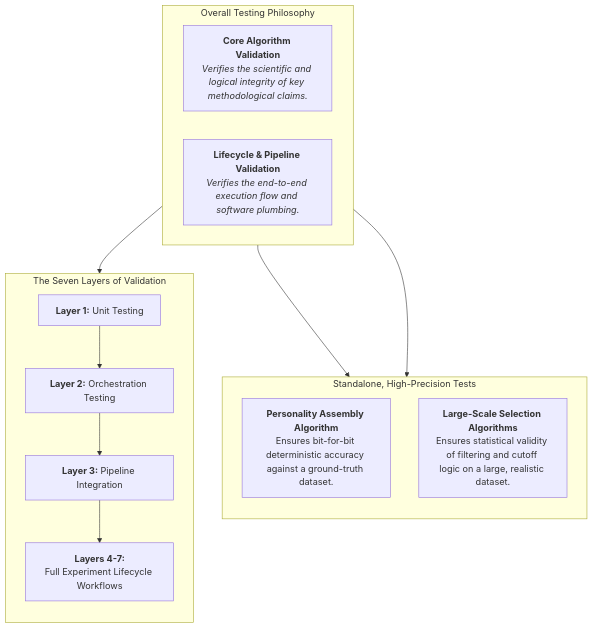
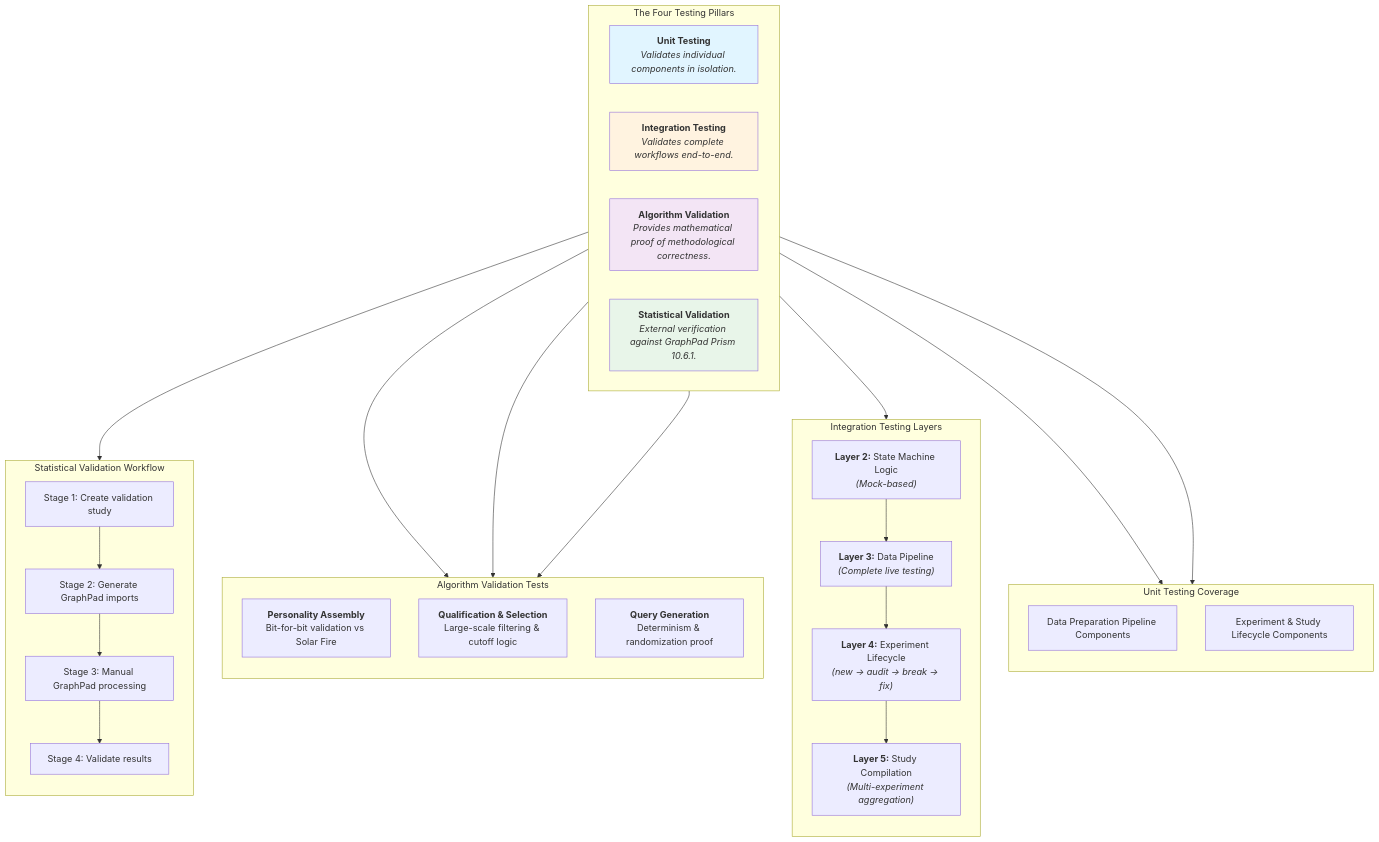
One commit to peterjmarko/llm-narrative-framework changed the diagram in docs/diagrams/test_philosophy_overview.mmd. Above: the diagram before and after it, drawn with Mermaid. The commit also changed 9 other files, not shown here.

First line of the commit message:
feat(testing): enhance testing framework with 4-pillar architecture and improved assembly logic workflow

```diff
--- a/docs/diagrams/test_philosophy_overview.mmd
+++ b/docs/diagrams/test_philosophy_overview.mmd
@@ -1,24 +1,56 @@
 graph TD
-    subgraph "Overall Testing Philosophy"
+    subgraph "The Four Testing Pillars"
         direction LR
-        A["<b>Core Algorithm Validation</b><br><i>Verifies the scientific and logical integrity of key methodological claims.</i>"]
-        B["<b>Lifecycle & Pipeline Validation</b><br><i>Verifies the end-to-end execution flow and software plumbing.</i>"]
+        P1["<b>Unit Testing</b><br><i>Validates individual components in isolation.</i>"]
+        P2["<b>Integration Testing</b><br><i>Validates complete workflows end-to-end.</i>"]
+        P3["<b>Algorithm Validation</b><br><i>Provides mathematical proof of methodological correctness.</i>"]
+        P4["<b>Statistical Validation</b><br><i>External verification against GraphPad Prism 10.6.1.</i>"]
     end
 
-    subgraph "Standalone, High-Precision Tests"
+    subgraph "Unit Testing Coverage"
         direction TB
-        C["<b>Personality Assembly Algorithm</b><br>Ensures bit-for-bit deterministic accuracy against a ground-truth dataset."]
-        D["<b>Large-Scale Selection Algorithms</b><br>Ensures statistical validity of filtering and cutoff logic on a large, realistic dataset."]
+        U1["Data Preparation Pipeline Components"]
+        U2["Experiment & Study Lifecycle Components"]
     end
     
-    subgraph "The Seven Layers of Validation"
+    subgraph "Integration Testing Layers"
         direction TB
-        L1["<b>Layer 1:</b> Unit Testing"]
-        L2["<b>Layer 2:</b> Orchestration Testing"]
-        L3["<b>Layer 3:</b> Pipeline Integration"]
-        L4_7["<b>Layers 4-7:</b><br>Full Experiment Lifecycle Workflows"]
+        L2["<b>Layer 2:</b> State Machine Logic<br><i>(Mock-based)</i>"]
+        L3["<b>Layer 3:</b> Data Pipeline<br><i>(Complete live testing)</i>"]
+        L4["<b>Layer 4:</b> Experiment Lifecycle<br><i>(new → audit → break → fix)</i>"]
+        L5["<b>Layer 5:</b> Study Compilation<br><i>(Multi-experiment aggregation)</i>"]
     end
 
-    A --> C
-    A --> D
-    B --> L1 --> L2 --> L3 --> L4_7
+    subgraph "Algorithm Validation Tests"
+        direction TB
+        A1["<b>Personality Assembly</b><br>Bit-for-bit validation vs Solar Fire"]
+        A2["<b>Qualification & Selection</b><br>Large-scale filtering & cutoff logic"]
+        A3["<b>Query Generation</b><br>Determinism & randomization proof"]
+    end
+
+    subgraph "Statistical Validation Workflow"
+        direction TB
+        S1["Stage 1: Create validation study"]
+        S2["Stage 2: Generate GraphPad imports"]
+        S3["Stage 3: Manual GraphPad processing"]
+        S4["Stage 4: Validate results"]
+    end
+
+    P1 --> U1
+    P1 --> U2
+    P2 --> L2
+    L2 --> L3
+    L3 --> L4
+    L4 --> L5
+    P3 --> A1
+    P3 --> A2
+    P3 --> A3
+    P4 --> S1
+    S1 --> S2
+    S2 --> S3
+    S3 --> S4
+
+    style P1 fill:#e1f5ff
+    style P2 fill:#fff3e0
+    style P3 fill:#f3e5f5
+    style P4 fill:#e8f5e9
```
